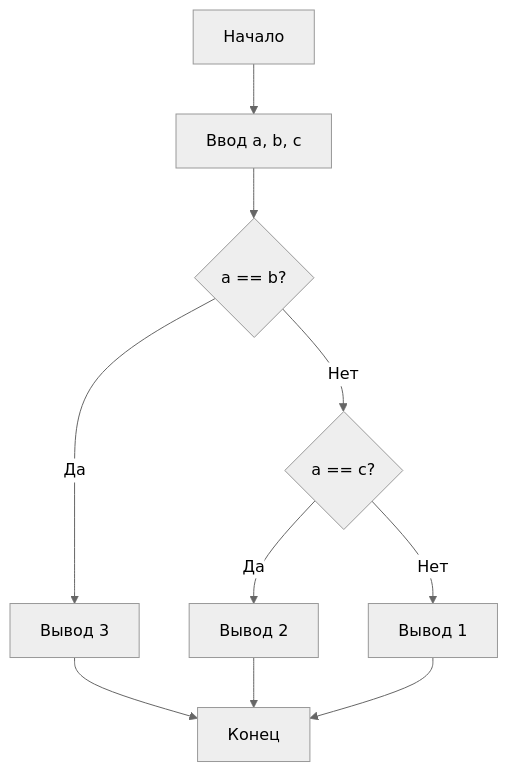
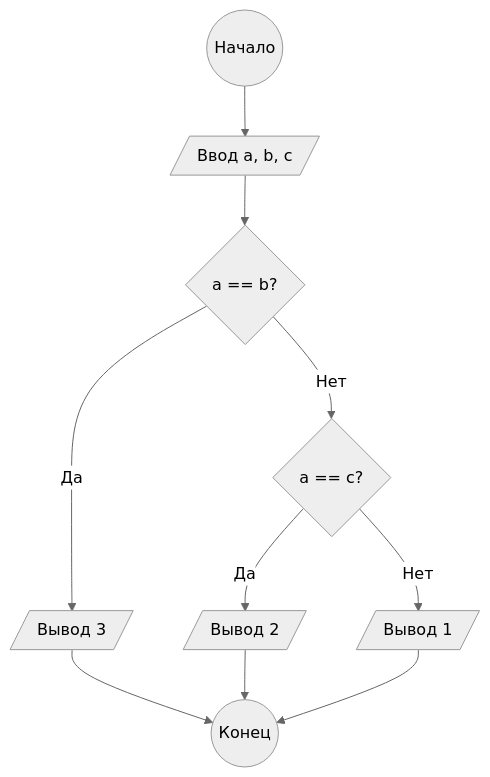
One commit to topanim/python-programming-practice changed the diagram in practices/p3/n2/README.md. Above: the diagram before and after it, drawn with Mermaid (neutral theme). The commit also changed 4 other files, not shown here.

````diff
--- a/practices/p3/n2/README.md
+++ b/practices/p3/n2/README.md
@@ -15,13 +15,13 @@
 ```mermaid
 graph TB
-    A[Начало] --> B[Ввод a, b, c];
+    A((Начало)) --> B[/Ввод a, b, c/];
     B --> C{a == b?};
-    C -- Да --> D[Вывод 3];
+    C -- Да --> D[/Вывод 3/];
     C -- Нет --> E{a == c?};
-    E -- Да --> F[Вывод 2];
-    E -- Нет --> G[Вывод 1];
-    D --> H[Конец];
+    E -- Да --> F[/Вывод 2/];
+    E -- Нет --> G[/Вывод 1/];
+    D --> H((Конец));
     F --> H;
     G --> H;
 
 ```
````
